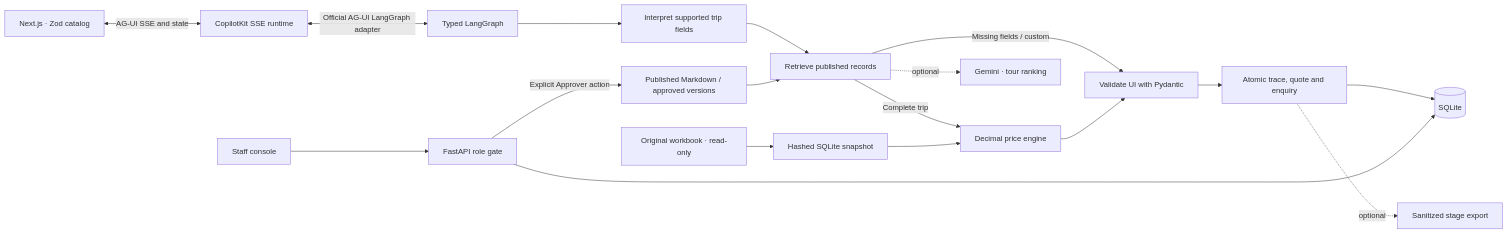
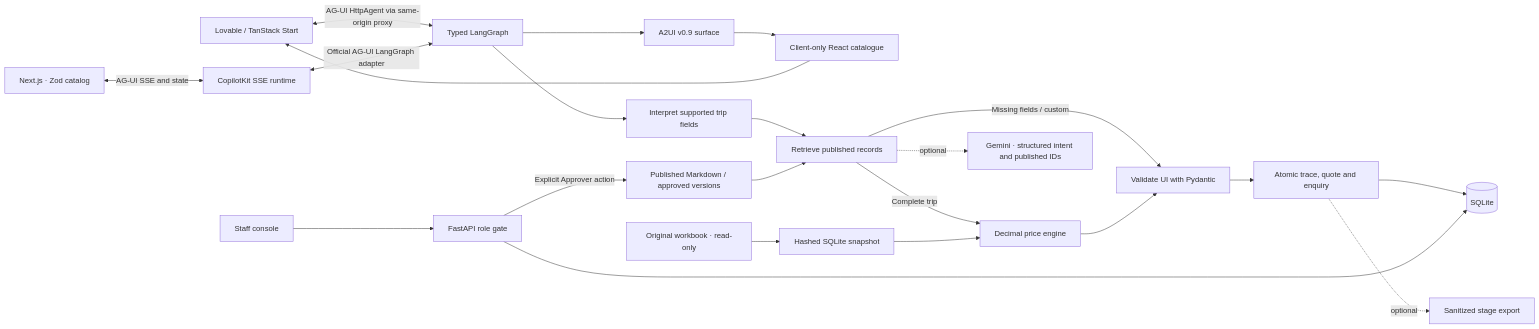
The diagram in docs/ARCHITECTURE.md (Denuwan392/mira-ai-travel-concierge), drawn with Mermaid before and after one commit. The commit also changed other lines of this file and 172 other files, not shown here.

````diff
--- a/docs/ARCHITECTURE.md
+++ b/docs/ARCHITECTURE.md
@@ -3,20 +3,24 @@
 ```mermaid
 flowchart LR
+    Traveller["Lovable / TanStack Start"] <-->|"AG-UI HttpAgent via same-origin proxy"| Graph
+    Graph --> Surface["A2UI v0.9 surface"]
+    Surface --> Renderer["Client-only React catalogue"]
+    Renderer --> Traveller
     Browser["Next.js · Zod catalog"] <-->|"AG-UI SSE and state"| Runtime["CopilotKit SSE runtime"]
     Runtime <-->|"Official AG-UI LangGraph adapter"| Graph["Typed LangGraph"]
     Graph --> Interpret["Interpret supported trip fields"]
     Interpret --> Retrieve["Retrieve published records"]
     Retrieve -->|Complete trip| Pricing["Decimal price engine"]
     Retrieve -->|Missing fields / custom| UI["Validate UI with Pydantic"]
     Pricing --> UI
     UI --> Persist["Atomic trace, quote and enquiry"]
     Persist --> SQLite[("SQLite")]
     Workbook["Original workbook · read-only"] --> Snapshot["Hashed SQLite snapshot"]
     Snapshot --> Pricing
     Published["Published Markdown / approved versions"] --> Retrieve
-    Retrieve -. optional .-> Gemini["Gemini · tour ranking"]
+    Retrieve -. optional .-> Gemini["Gemini · structured intent and published IDs"]
     Persist -. optional .-> Langfuse["Sanitized stage export"]
     Staff["Staff console"] --> Roles["FastAPI role gate"]
     Roles --> SQLite
     Roles -->|Explicit Approver action| Published
 ```
````
